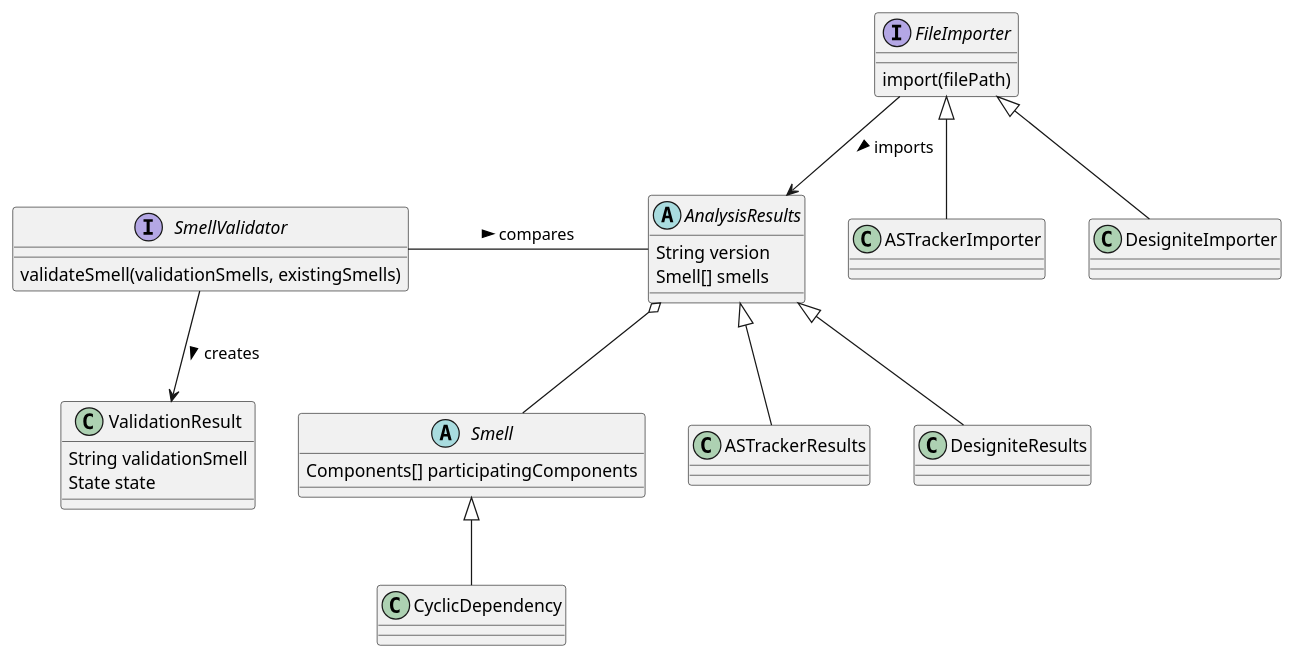
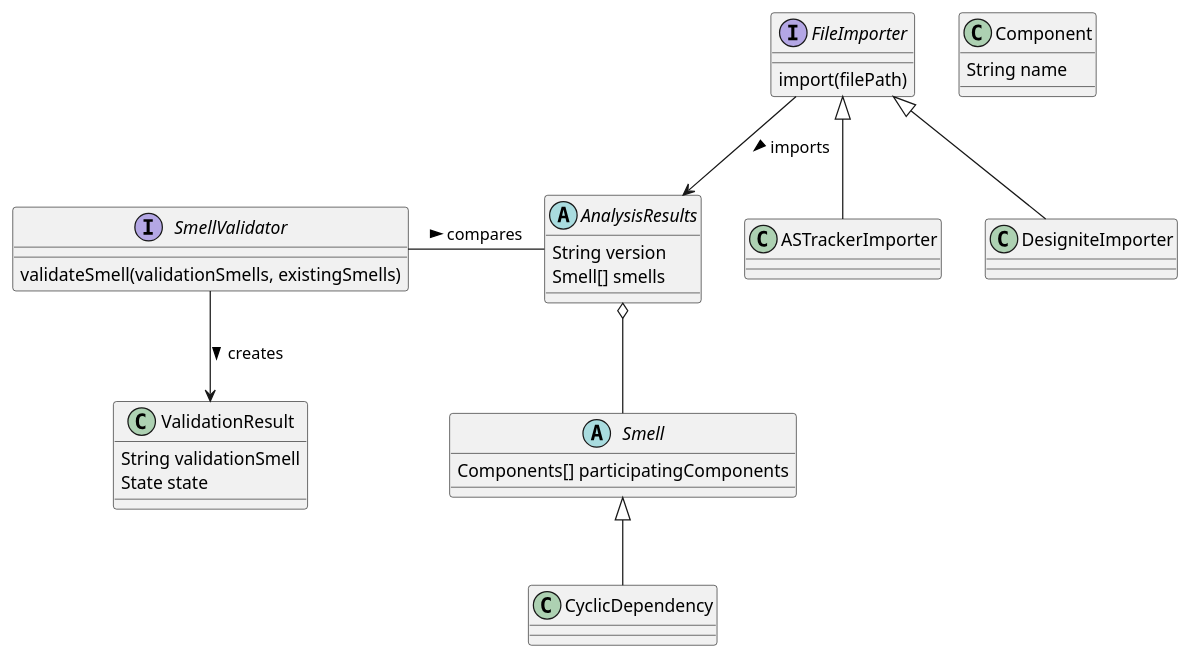
Before and after one commit to ThorstenRangnau/Jira-Project-Analyzer: the diagram in uml/SmellValidator.puml, drawn with PlantUML. The commit also changed 2 other files, not shown here.

```diff
--- a/uml/SmellValidator.puml
+++ b/uml/SmellValidator.puml
@@ -1,64 +1,62 @@
 @startuml
 
 interface SmellValidator {
     validateSmell(validationSmells, existingSmells)
 }
 
 interface FileImporter {
     import(filePath)
 }
 
 
 abstract class Smell {
 Components[] participatingComponents
 }
 
 abstract class AnalysisResults {
     String version
     Smell[] smells
 }
 
 class ValidationResult{
     String validationSmell
     State state
 }
 
 class CyclicDependency {
 
 }
 
-class ASTrackerResults {
-
-}
-
-class DesigniteResults {
-
-}
-
 class ASTrackerImporter {
 
 }
 
 class DesigniteImporter {
 
 }
 
+class CyclicDependency {
+
+}
+
+class Component {
+    String name
+}
+
 SmellValidator - AnalysisResults: compares >
 SmellValidator --> ValidationResult: creates >
 
 Smell <|-- CyclicDependency
-AnalysisResults <|-- ASTrackerResults
-AnalysisResults <|-- DesigniteResults
 
 AnalysisResults o-- Smell
 
 FileImporter <|-- ASTrackerImporter
 FileImporter <|-- DesigniteImporter
 
 
 FileImporter --> AnalysisResults: imports >
 
 
 
 
 @enduml
```
